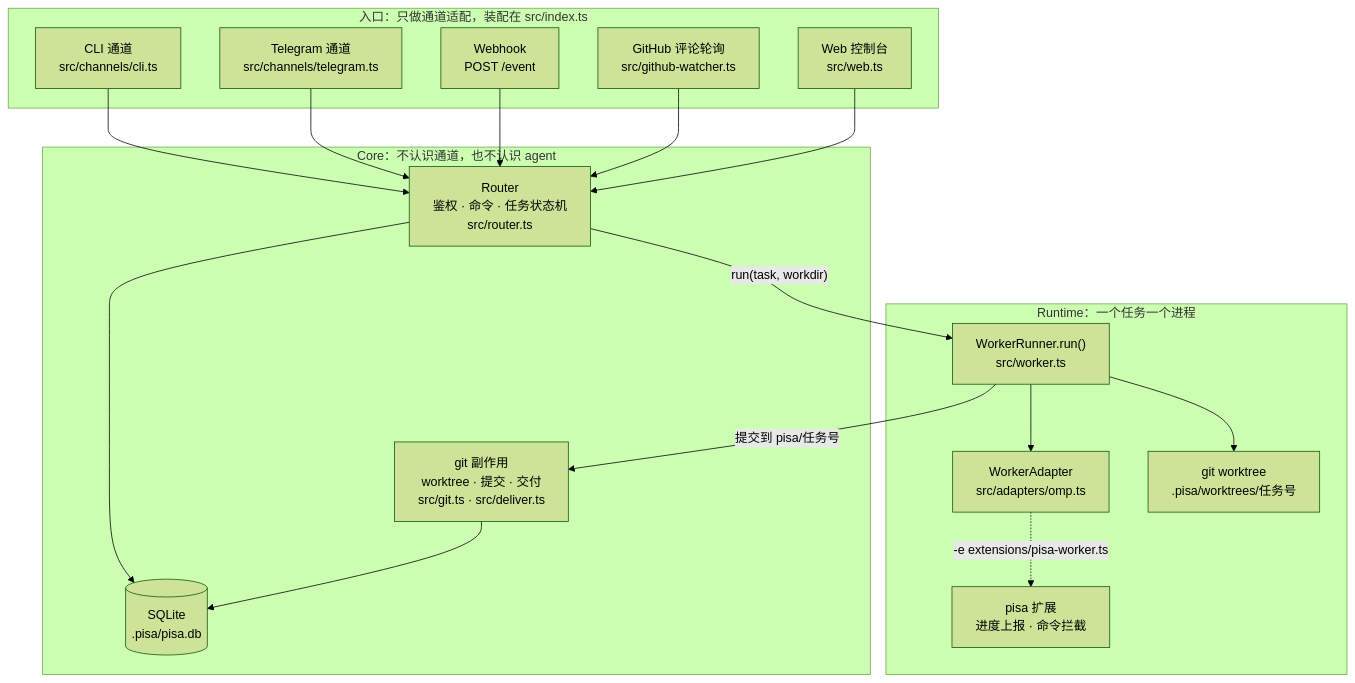
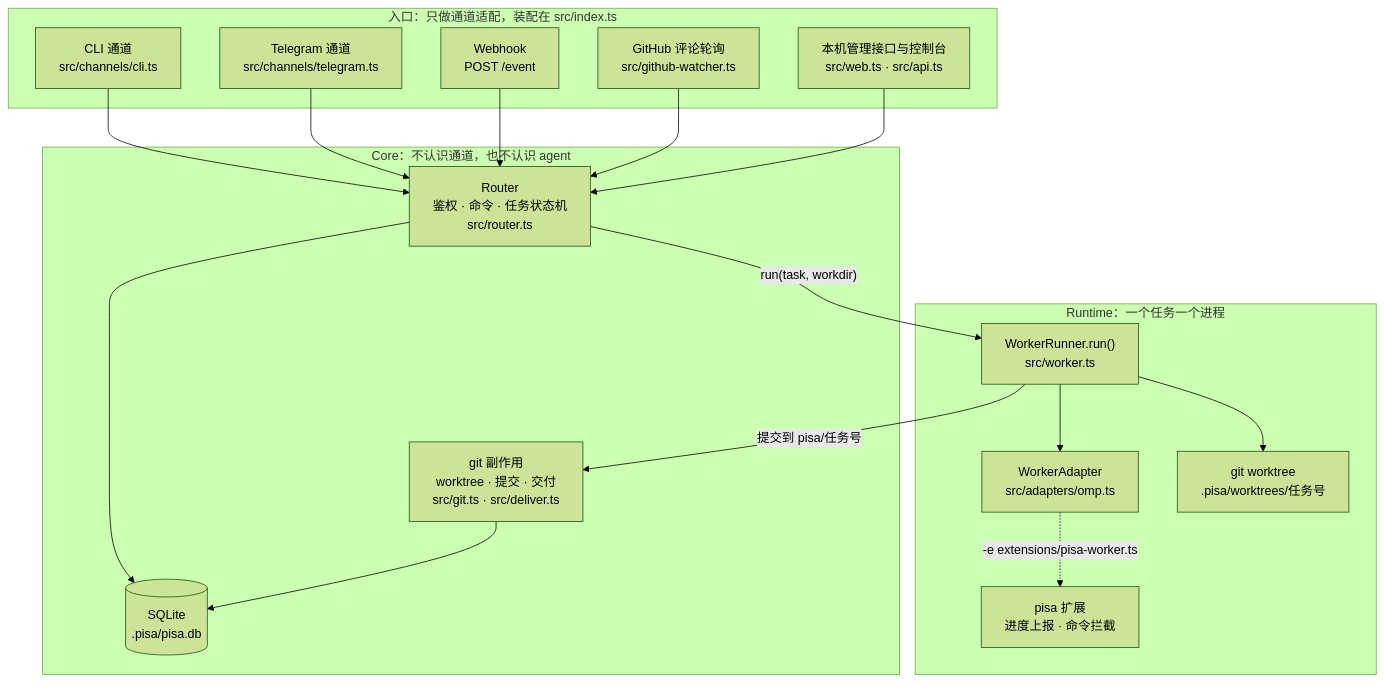
One commit to qqlzfmn/pisa changed the diagram in README.md. Above: the diagram before and after it, drawn with Mermaid (forest theme). The commit also changed 28 other files, not shown here.

````diff
--- a/README.md
+++ b/README.md
@@ -83,36 +83,36 @@
 ```mermaid
 flowchart TB
     subgraph entry["入口：只做通道适配，装配在 src/index.ts"]
         cli["CLI 通道<br/>src/channels/cli.ts"]
         tg["Telegram 通道<br/>src/channels/telegram.ts"]
         hook["Webhook<br/>POST /event"]
         gh["GitHub 评论轮询<br/>src/github-watcher.ts"]
-        web["Web 控制台<br/>src/web.ts"]
+        web["本机管理接口与控制台<br/>src/web.ts · src/api.ts"]
     end
 
     subgraph core["Core：不认识通道，也不认识 agent"]
         router["Router<br/>鉴权 · 命令 · 任务状态机<br/>src/router.ts"]
         store[("SQLite<br/>.pisa/pisa.db")]
         gitops["git 副作用<br/>worktree · 提交 · 交付<br/>src/git.ts · src/deliver.ts"]
     end
 
     subgraph runtime["Runtime：一个任务一个进程"]
         runner["WorkerRunner.run()<br/>src/worker.ts"]
         adapter["WorkerAdapter<br/>src/adapters/omp.ts"]
         ext["pisa 扩展<br/>进度上报 · 命令拦截"]
         wt["git worktree<br/>.pisa/worktrees/任务号"]
     end
 
     cli --> router
     tg --> router
     hook --> router
     gh --> router
     web --> router
     router --> store
     router -->|"run(task, workdir)"| runner
     runner --> wt
     runner --> adapter
     adapter -.->|"-e extensions/pisa-worker.ts"| ext
     runner -->|"提交到 pisa/任务号"| gitops
     gitops --> store
 ```
````
